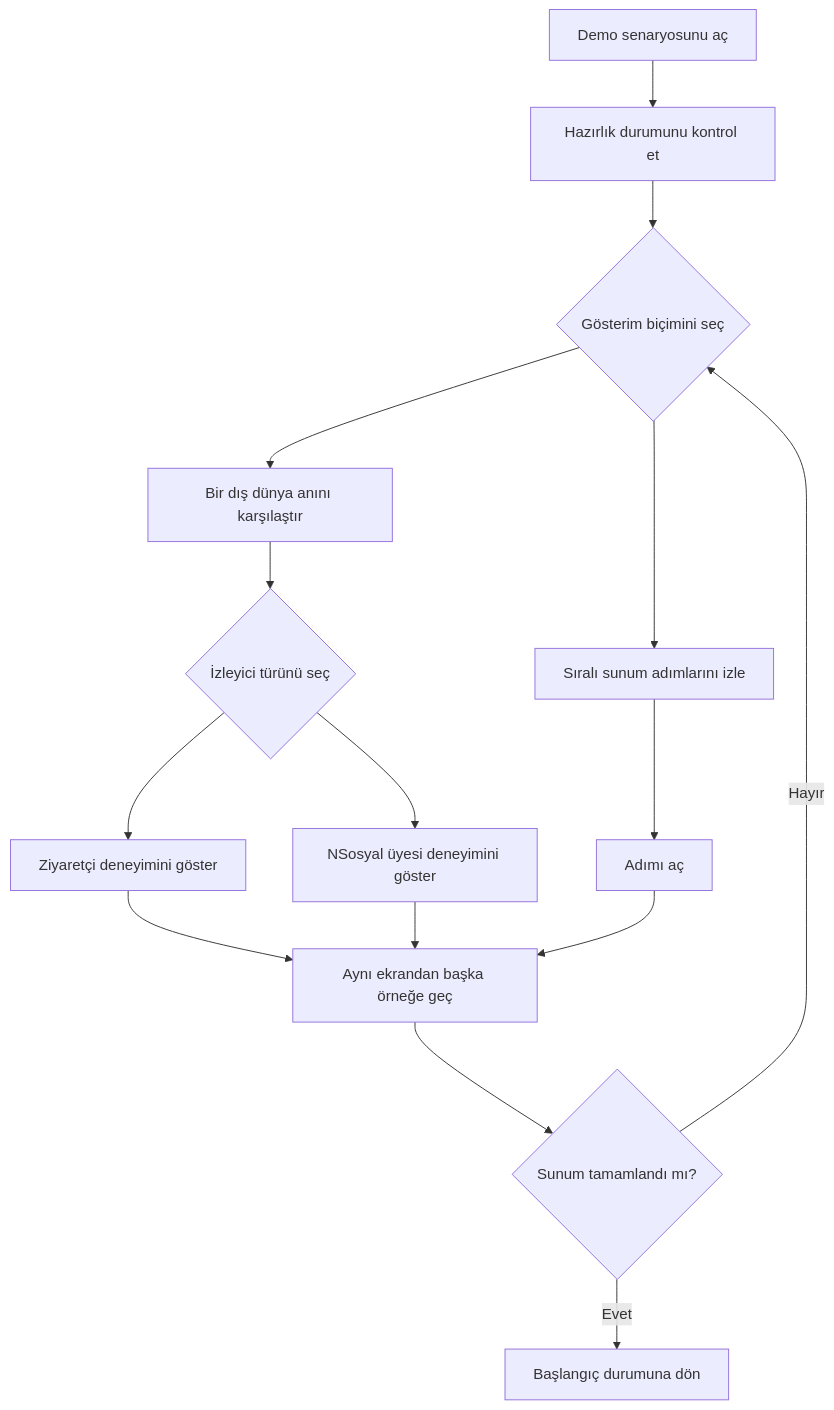
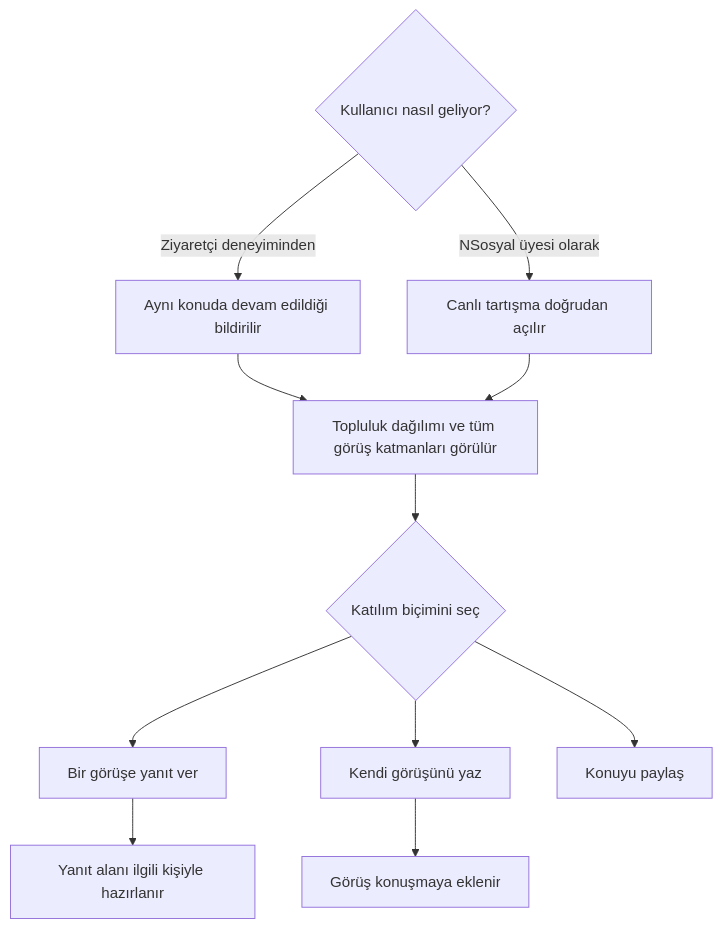
One commit to NSosyalDuoDesign/NeSosyalPrototip changed the second of 8 diagrams in Docs/DEMO_SCENARIO_UX_ACCESSIBILITY_REPORT.md. Above: the diagram before and after it, drawn with Mermaid. The commit also changed other lines of this file and 1 other file, not shown here.

Commit message:
docs: report demo-listed features separately

````diff
--- a/Docs/DEMO_SCENARIO_UX_ACCESSIBILITY_REPORT.md
+++ b/Docs/DEMO_SCENARIO_UX_ACCESSIBILITY_REPORT.md
@@ -38,17 +89,14 @@
 ```mermaid
 flowchart TD
-    A["Demo senaryosunu aç"] --> B["Hazırlık durumunu kontrol et"]
-    B --> C{"Gösterim biçimini seç"}
-    C --> D["Bir dış dünya anını karşılaştır"]
-    C --> E["Sıralı sunum adımlarını izle"]
-    D --> F{"İzleyici türünü seç"}
-    F --> G["Ziyaretçi deneyimini göster"]
-    F --> H["NSosyal üyesi deneyimini göster"]
-    E --> I["Adımı aç"]
-    G --> J["Aynı ekrandan başka örneğe geç"]
-    H --> J
-    I --> J
-    J --> K{"Sunum tamamlandı mı?"}
-    K -- "Hayır" --> C
-    K -- "Evet" --> L["Başlangıç durumuna dön"]
+    A{"Kullanıcı nasıl geliyor?"}
+    A -- "Ziyaretçi deneyiminden" --> B["Aynı konuda devam edildiği bildirilir"]
+    A -- "NSosyal üyesi olarak" --> C["Canlı tartışma doğrudan açılır"]
+    B --> D["Topluluk dağılımı ve tüm görüş katmanları görülür"]
+    C --> D
+    D --> E{"Katılım biçimini seç"}
+    E --> F["Bir görüşe yanıt ver"]
+    E --> G["Kendi görüşünü yaz"]
+    E --> H["Konuyu paylaş"]
+    F --> I["Yanıt alanı ilgili kişiyle hazırlanır"]
+    G --> J["Görüş konuşmaya eklenir"]
 ```
````
